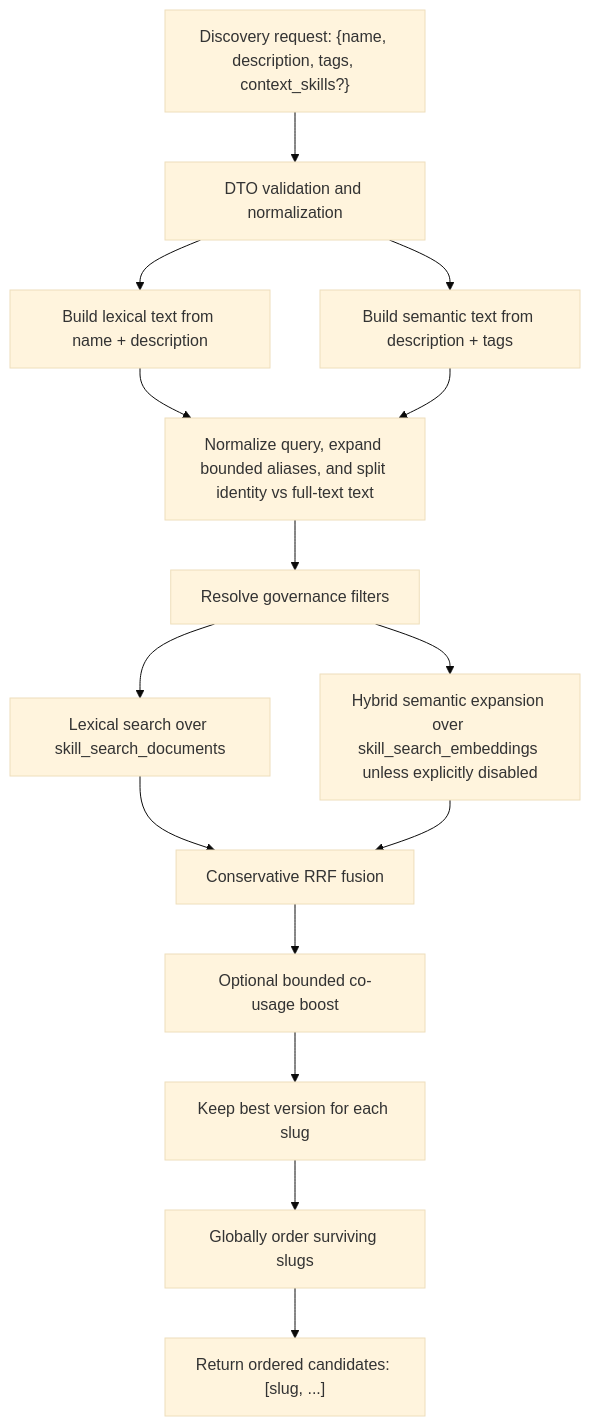
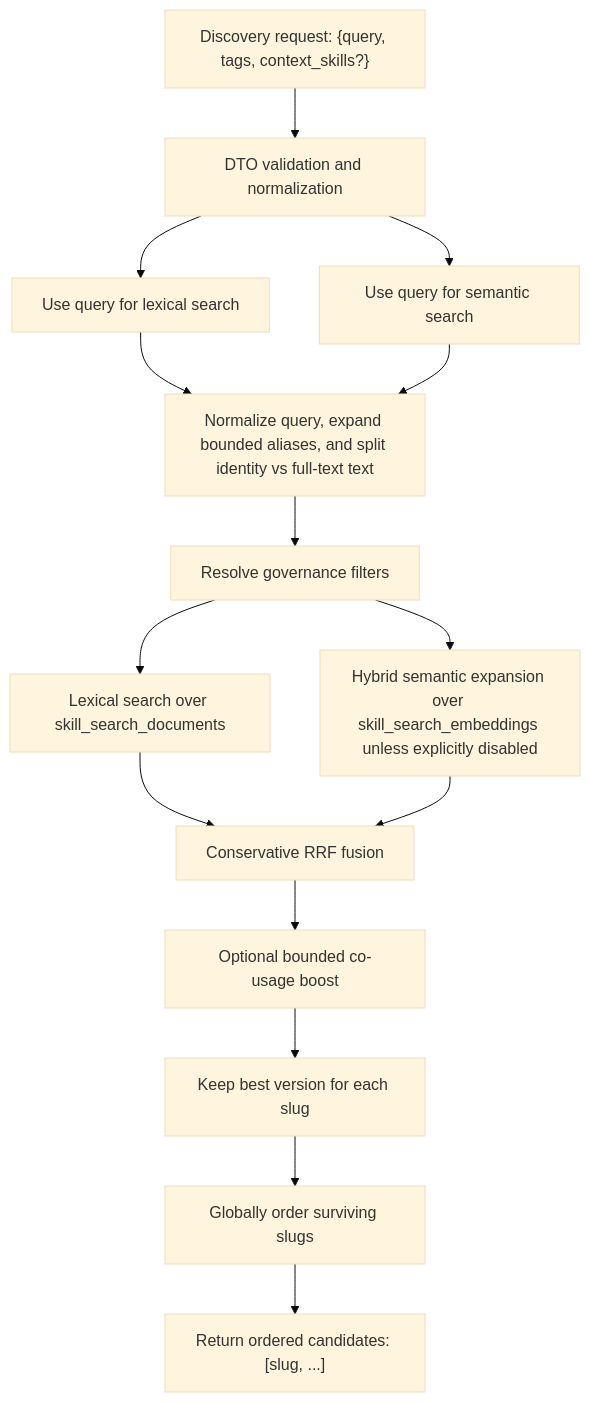
The diagram in docs/architecture/discovery-and-ranking.md (aptitude-stack/registery), drawn with Mermaid (base theme) before and after one commit. The commit also changed other lines of this file and 24 other files, not shown here.

Commit message:
Simplify discovery requests to query-based semantic search

````diff
--- a/docs/architecture/discovery-and-ranking.md
+++ b/docs/architecture/discovery-and-ranking.md
@@ -17,17 +17,17 @@
 ```mermaid
 flowchart TD
-    A["Discovery request: {name, description, tags, context_skills?}"] --> B["DTO validation and normalization"]
-    B --> C["Build lexical text from name + description"]
-    B --> D["Build semantic text from description + tags"]
+    A["Discovery request: {query, tags, context_skills?}"] --> B["DTO validation and normalization"]
+    B --> C["Use query for lexical search"]
+    B --> D["Use query for semantic search"]
     C --> E["Normalize query, expand bounded aliases, and split identity vs full-text text"]
     D --> E
     E --> F["Resolve governance filters"]
     F --> G["Lexical search over skill_search_documents"]
     F --> H["Hybrid semantic expansion over skill_search_embeddings unless explicitly disabled"]
     G --> I["Conservative RRF fusion"]
     H --> I
     I --> J["Optional bounded co-usage boost"]
     J --> K["Keep best version for each slug"]
     K --> L["Globally order surviving slugs"]
     L --> M["Return ordered candidates: [slug, ...]"]
 ```
````
